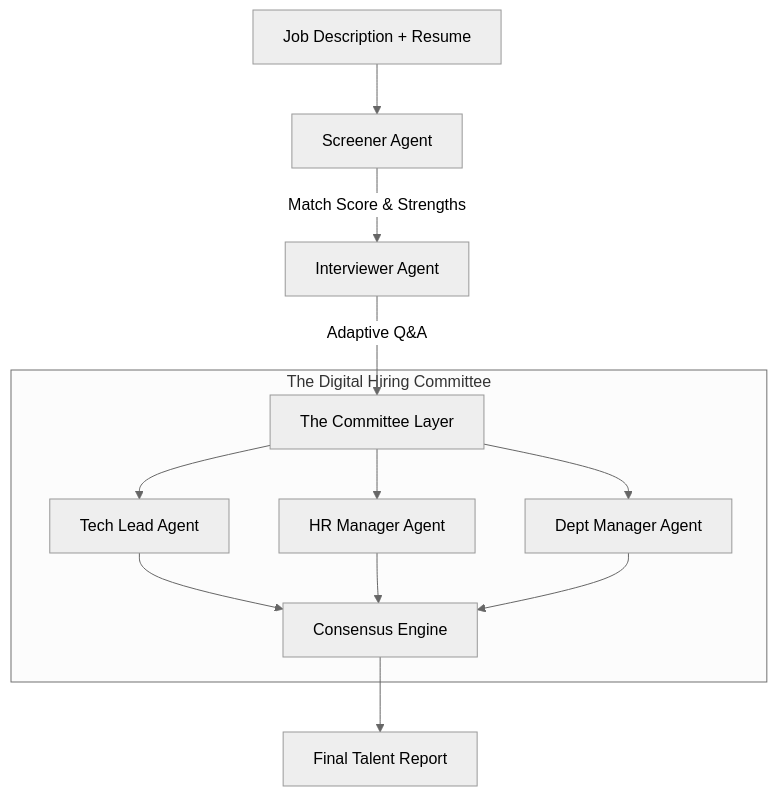
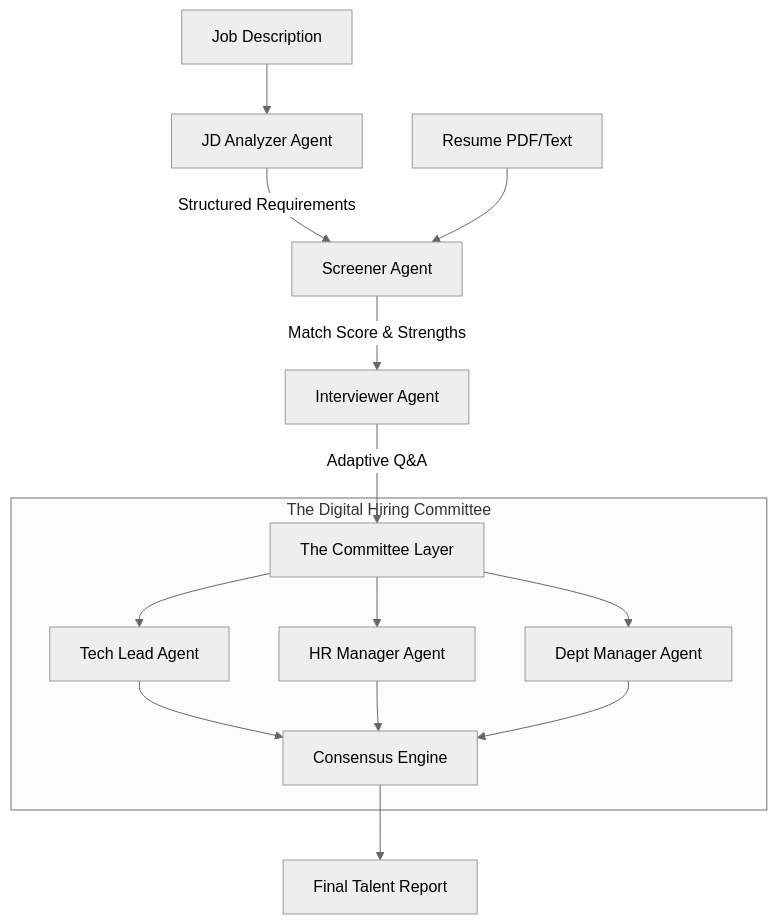
Before and after one commit to Mr-C-Tejesh/talentstream-ai: the diagram in README.md, drawn with Mermaid (neutral theme). The commit also changed other lines of this file and 7 other files, not shown here.

````diff
--- a/README.md
+++ b/README.md
@@ -49,13 +56,15 @@
 ```mermaid
 graph TD
-    A[Job Description + Resume] --> B[Screener Agent]
-    B -->|Match Score & Strengths| C[Interviewer Agent]
-    C -->|Adaptive Q&A| D[The Committee Layer]
+    A[Job Description] --> B[JD Analyzer Agent]
+    B -->|Structured Requirements| C[Screener Agent]
+    D[Resume PDF/Text] --> C
+    C -->|Match Score & Strengths| E[Interviewer Agent]
+    E -->|Adaptive Q&A| F[The Committee Layer]
     subgraph "The Digital Hiring Committee"
-        D --> E[Tech Lead Agent]
-        D --> F[HR Manager Agent]
-        D --> G[Dept Manager Agent]
-        E & F & G --> H[Consensus Engine]
+        F --> G[Tech Lead Agent]
+        F --> H[HR Manager Agent]
+        F --> I[Dept Manager Agent]
+        G & H & I --> J[Consensus Engine]
     end
-    H --> I[Final Talent Report]
+    J --> K[Final Talent Report]
 ```
````
